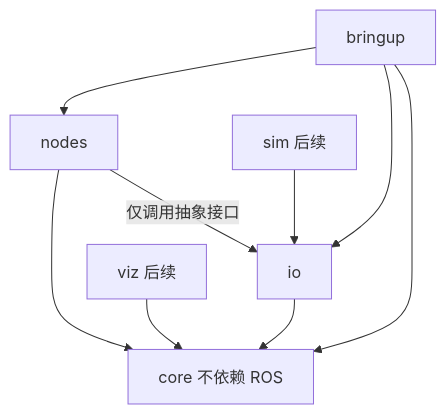
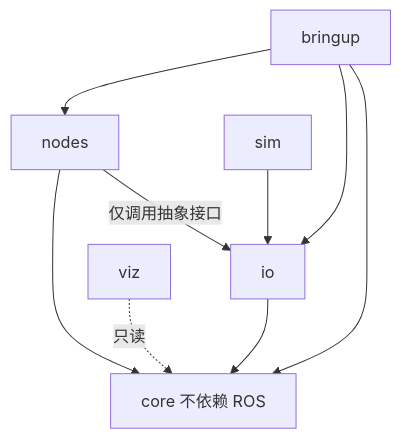
Before and after one commit to PnX-HKUSTGZ/sentry_decision_RM27: the second of 3 diagrams in docs/ARCHITECTURE.md, drawn with Mermaid. The commit also changed other lines of this file and 47 other files, not shown here.

````diff
--- a/docs/ARCHITECTURE.md
+++ b/docs/ARCHITECTURE.md
@@ -189,11 +194,11 @@
 ```mermaid
 flowchart TD
   BRINGUP[bringup] --> NODES[nodes]
   BRINGUP --> IO[io]
   BRINGUP --> CORE[core 不依赖 ROS]
   NODES --> CORE
   NODES -->|仅调用抽象接口| IO
   IO --> CORE
-  VIZ[viz 后续] --> CORE
-  SIM[sim 后续] --> IO
+  VIZ[viz] -.只读.-> CORE
+  SIM[sim] --> IO
 ```
````
